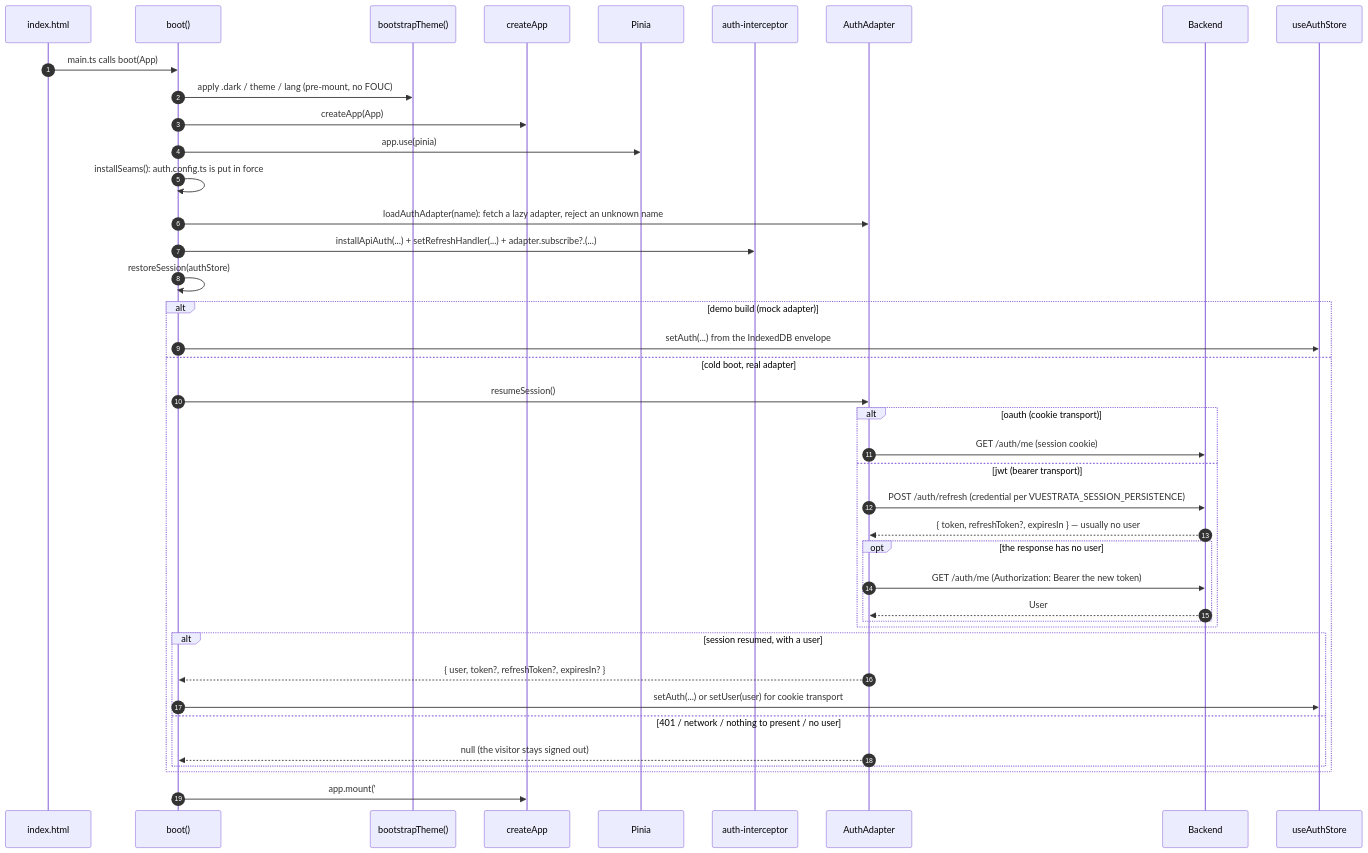
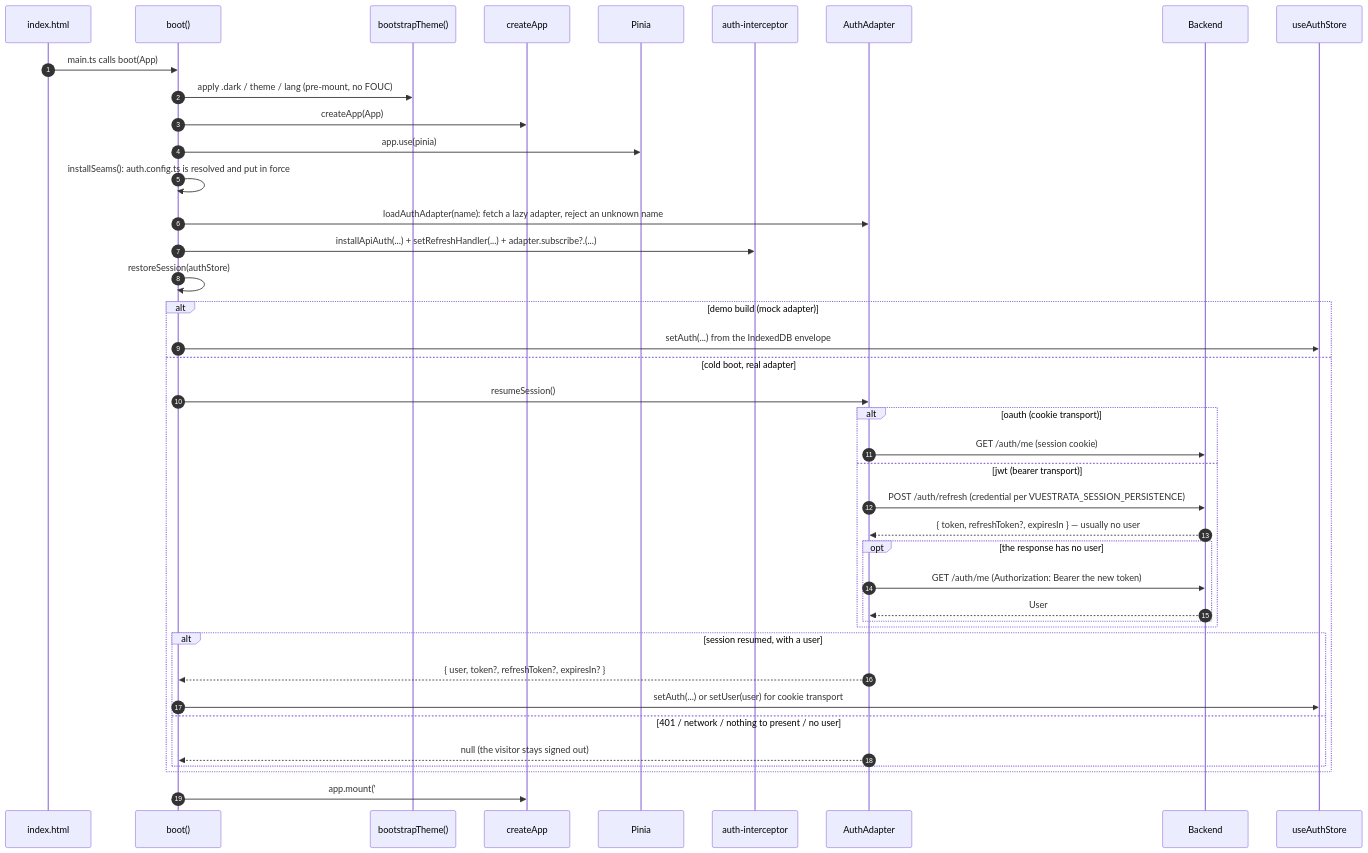
Before and after one commit to boussadjra/vuestrata: the tenth of 14 diagrams in docs/6.configuration/3.auth-deep-dive.md, drawn with Mermaid. The commit also changed other lines of this file and 34 other files, not shown here.

````diff
--- a/docs/6.configuration/3.auth-deep-dive.md
+++ b/docs/6.configuration/3.auth-deep-dive.md
@@ -990,44 +999,44 @@
 ```mermaid
 sequenceDiagram
   autonumber
   participant HTML as index.html
   participant Main as boot()
   participant Boot as bootstrapTheme()
   participant App as createApp
   participant Pinia
   participant Int as auth-interceptor
   participant Adapter as AuthAdapter
   participant API as Backend
   participant Store as useAuthStore
 
   HTML->>Main: main.ts calls boot(App)
   Main->>Boot: apply .dark / theme / lang (pre-mount, no FOUC)
   Main->>App: createApp(App)
   Main->>Pinia: app.use(pinia)
-  Main->>Main: installSeams(): auth.config.ts is put in force
+  Main->>Main: installSeams(): auth.config.ts is resolved and put in force
   Main->>Adapter: loadAuthAdapter(name): fetch a lazy adapter, reject an unknown name
   Main->>Int: installApiAuth(...) + setRefreshHandler(...) + adapter.subscribe?.(...)
   Main->>Main: restoreSession(authStore)
   alt demo build (mock adapter)
     Main->>Store: setAuth(...) from the IndexedDB envelope
   else cold boot, real adapter
     Main->>Adapter: resumeSession()
     alt oauth (cookie transport)
       Adapter->>API: GET /auth/me (session cookie)
     else jwt (bearer transport)
       Adapter->>API: POST /auth/refresh (credential per VUESTRATA_SESSION_PERSISTENCE)
       API-->>Adapter: { token, refreshToken?, expiresIn } — usually no user
       opt the response has no user
         Adapter->>API: GET /auth/me (Authorization: Bearer the new token)
         API-->>Adapter: User
       end
     end
     alt session resumed, with a user
       Adapter-->>Main: { user, token?, refreshToken?, expiresIn? }
       Main->>Store: setAuth(...) or setUser(user) for cookie transport
     else 401 / network / nothing to present / no user
       Adapter-->>Main: null (the visitor stays signed out)
     end
   end
   Main->>App: app.mount('#app')
 ```
````
